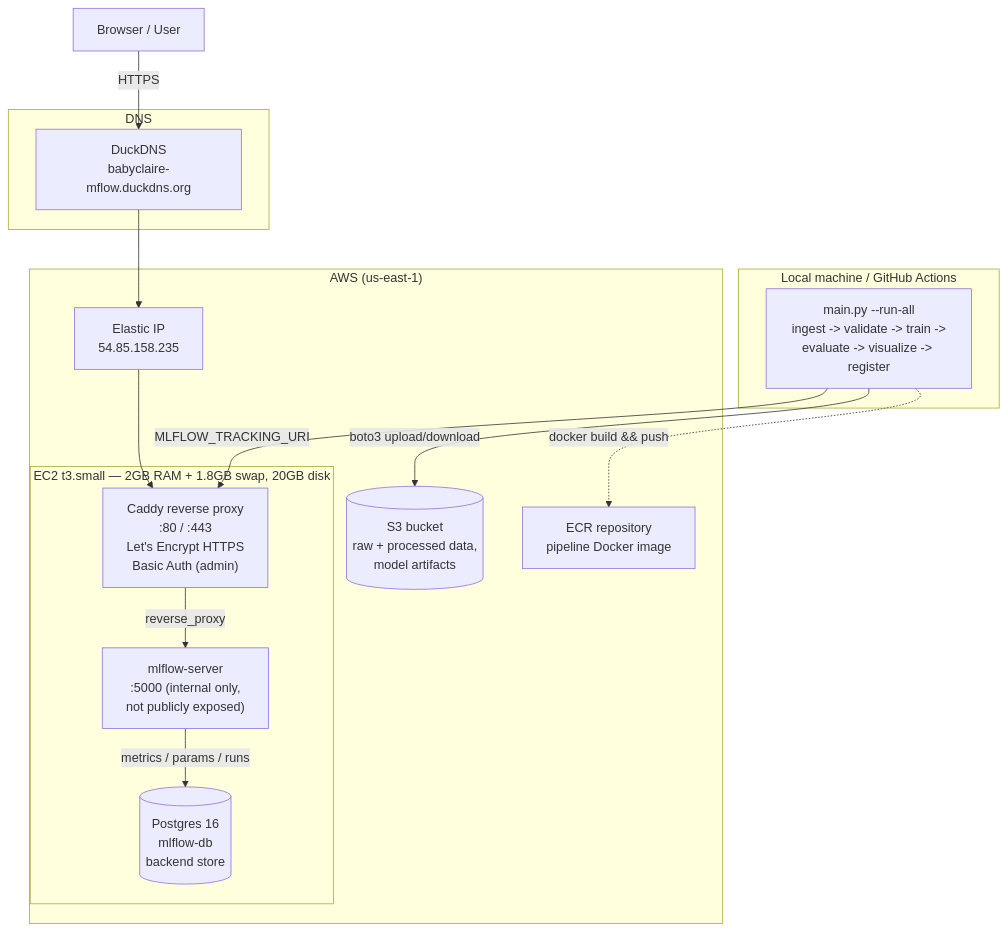
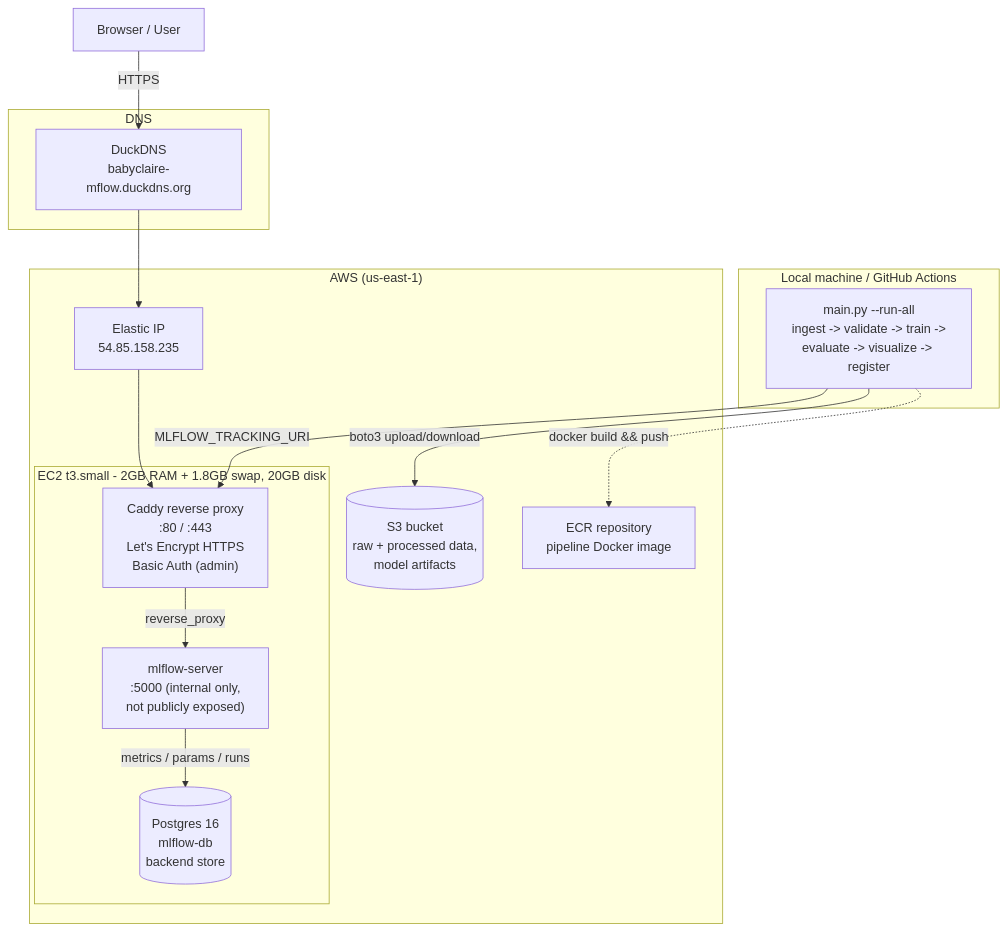
The diagram in README.md (babyclaire0222-cyber/mlops-end-to-end-pipeline-automation), drawn with Mermaid before and after one commit. The commit also changed other lines of this file and 9 other files, not shown here.

Commit message:
feat: add Terraform for S3/ECR, visualization module, README architecture diagram + security docs, Postgres password via .env

````diff
--- a/README.md
+++ b/README.md
@@ -3,32 +18,32 @@
 ```mermaid
 flowchart TB
     User["Browser / User"]
 
     subgraph DNS["DNS"]
         DuckDNS["DuckDNS<br/>babyclaire-mflow.duckdns.org"]
     end
 
     subgraph AWS["AWS (us-east-1)"]
         EIP["Elastic IP<br/>54.85.158.235"]
 
-        subgraph EC2["EC2 t3.small — 2GB RAM + 1.8GB swap, 20GB disk"]
+        subgraph EC2["EC2 t3.small - 2GB RAM + 1.8GB swap, 20GB disk"]
             Caddy["Caddy reverse proxy<br/>:80 / :443<br/>Let's Encrypt HTTPS<br/>Basic Auth (admin)"]
             MLflowSrv["mlflow-server<br/>:5000 (internal only,<br/>not publicly exposed)"]
             PG[("Postgres 16<br/>mlflow-db<br/>backend store")]
             Caddy -->|"reverse_proxy"| MLflowSrv
             MLflowSrv -->|"metrics / params / runs"| PG
         end
 
         S3[("S3 bucket<br/>raw + processed data,<br/>model artifacts")]
         ECR["ECR repository<br/>pipeline Docker image"]
     end
 
     subgraph Runner["Local machine / GitHub Actions"]
         Pipeline["main.py --run-all<br/>ingest -> validate -> train -><br/>evaluate -> visualize -> register"]
     end
 
     User -->|"HTTPS"| DuckDNS --> EIP --> Caddy
     Pipeline -->|"MLFLOW_TRACKING_URI"| Caddy
     Pipeline -->|"boto3 upload/download"| S3
     Pipeline -.->|"docker build && push"| ECR
 ```
````
